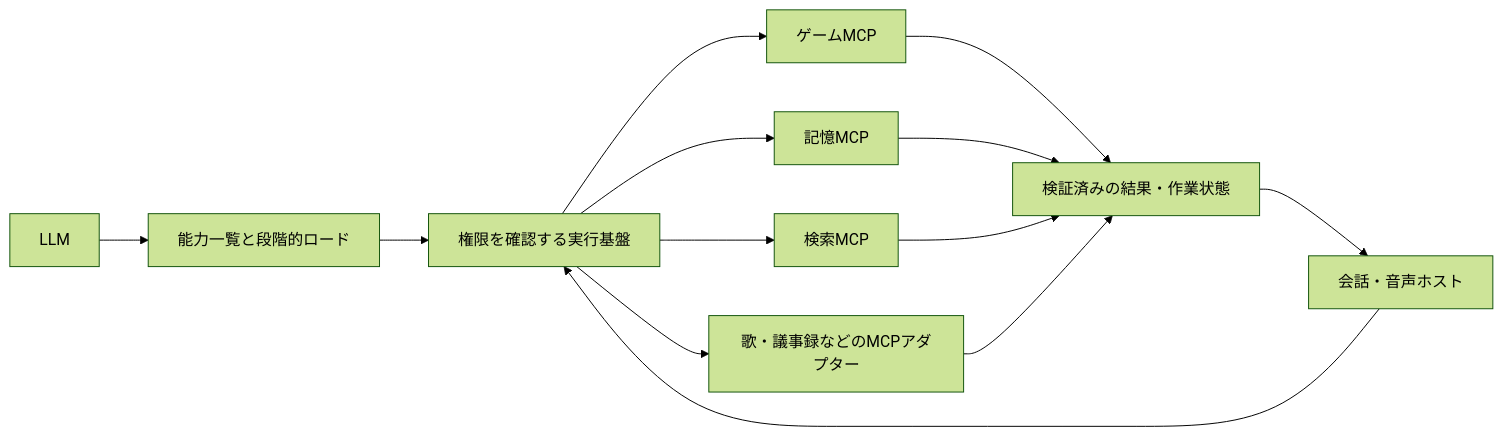
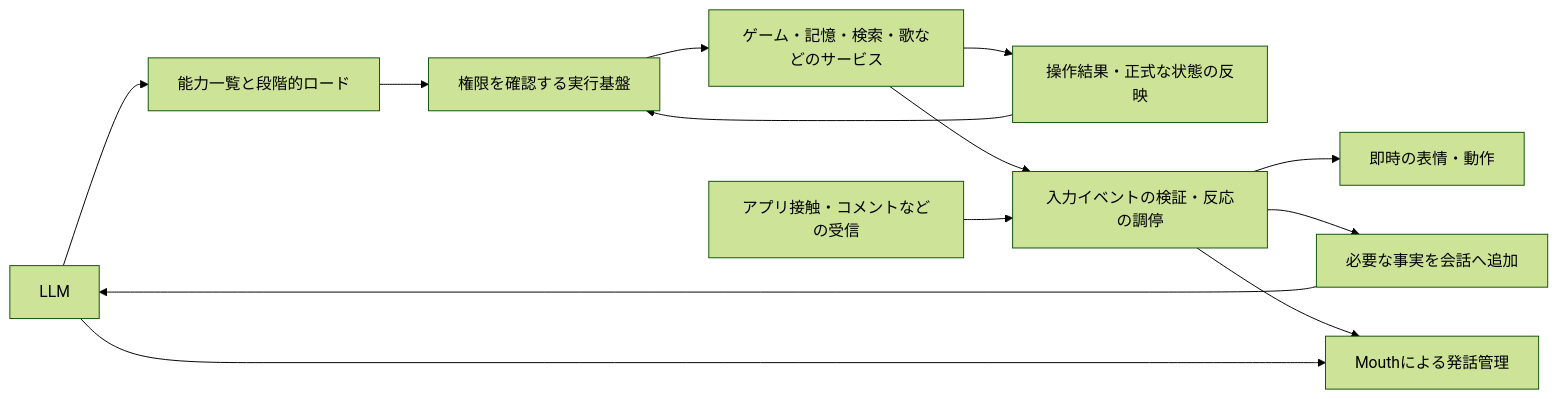
The diagram in docs/design-policy-ja.md (magic-sword/ciel-companion), drawn with Mermaid (forest theme) before and after one commit. The commit also changed other lines of this file and 34 other files, not shown here.

````diff
--- a/docs/design-policy-ja.md
+++ b/docs/design-policy-ja.md
@@ -18,15 +18,15 @@
 ```mermaid
 flowchart LR
   L[LLM] --> C[能力一覧と段階的ロード]
   C --> R[権限を確認する実行基盤]
-  R --> G[ゲームMCP]
-  R --> M[記憶MCP]
-  R --> W[検索MCP]
-  R --> K[歌・議事録などのMCPアダプター]
-  H[会話・音声ホスト] --> R
-  G --> N[検証済みの結果・作業状態]
-  M --> N
-  W --> N
-  K --> N
-  N --> H
+  R --> S[ゲーム・記憶・検索・歌などのサービス]
+  S --> O[操作結果・正式な状態の反映]
+  O --> R
+  S --> E[入力イベントの検証・反応の調停]
+  A[アプリ接触・コメントなどの受信] --> E
+  E --> F[即時の表情・動作]
+  E --> X[必要な事実を会話へ追加]
+  X --> L
+  E --> M[Mouthによる発話管理]
+  L --> M
 ```
````
